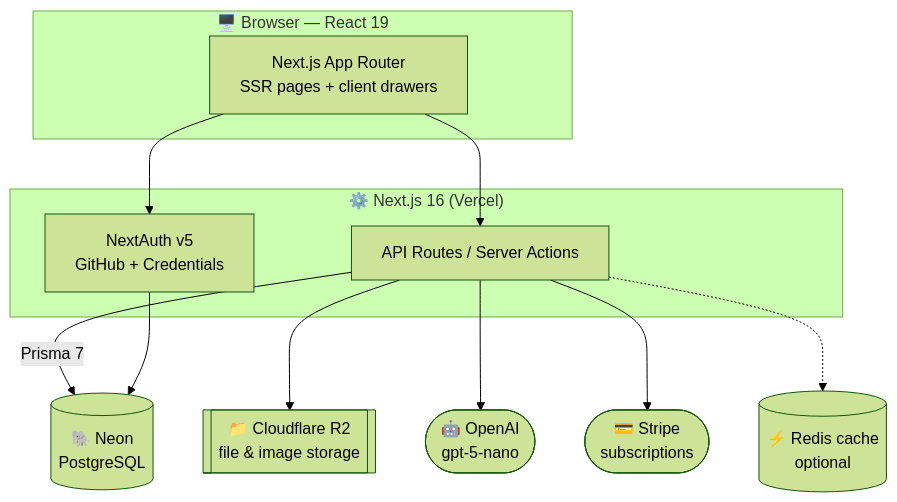
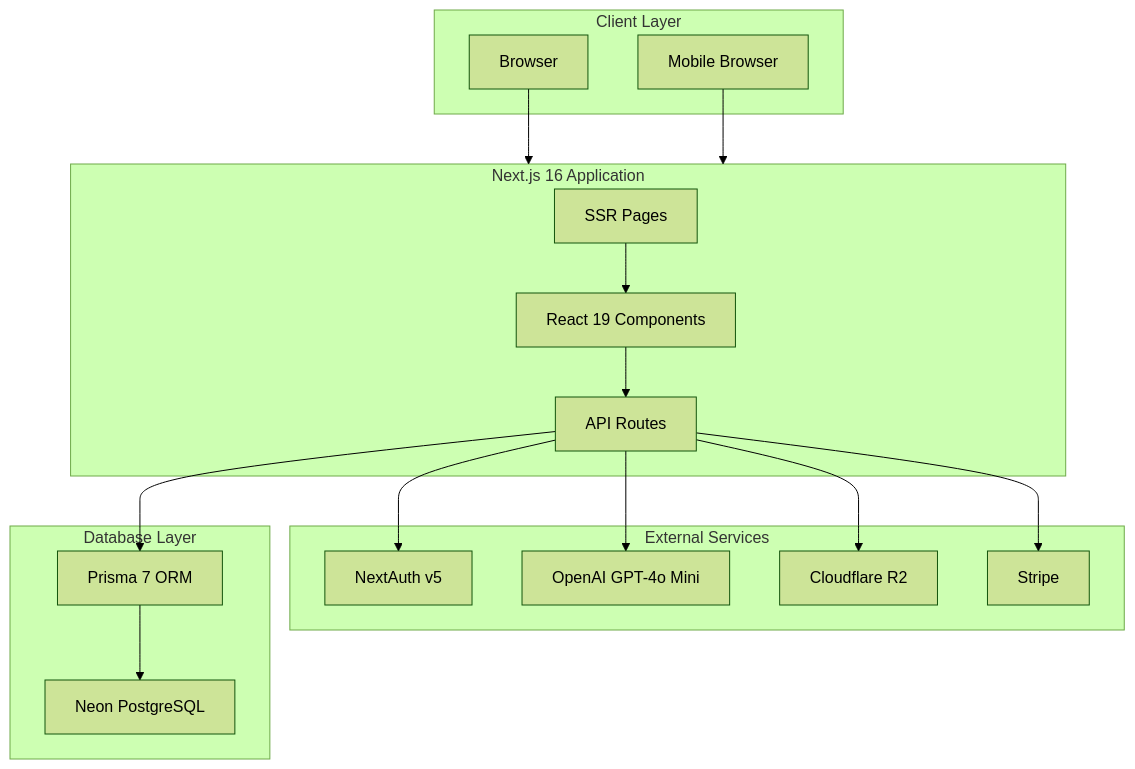
The second of 3 diagrams in context/project-overview.md (deep005/devstash), drawn with Mermaid (forest theme) before and after one commit. The commit also changed other lines of this file and 6 other files, not shown here.

````diff
--- a/context/project-overview.md
+++ b/context/project-overview.md
@@ -347,26 +441,36 @@
 ```mermaid
 flowchart TB
-    subgraph Client["🖥️ Browser — React 19"]
-        UI["Next.js App Router<br/>SSR pages + client drawers"]
+    subgraph Client["Client Layer"]
+        Browser["Browser"]
+        Mobile["Mobile Browser"]
     end
 
-    subgraph Server["⚙️ Next.js 16 (Vercel)"]
-        API["API Routes / Server Actions"]
-        AUTH["NextAuth v5<br/>GitHub + Credentials"]
+    subgraph NextJS["Next.js 16 Application"]
+        Pages["SSR Pages"]
+        Components["React 19 Components"]
+        API["API Routes"]
     end
 
-    DB[("🐘 Neon<br/>PostgreSQL")]
-    R2[["📁 Cloudflare R2<br/>file & image storage"]]
-    AI(["🤖 OpenAI<br/>gpt-5-nano"])
-    STRIPE(["💳 Stripe<br/>subscriptions"])
-    REDIS[("⚡ Redis cache<br/>optional")]
+    subgraph Services["External Services"]
+        Auth["NextAuth v5"]
+        AI["OpenAI GPT-4o Mini"]
+        Storage["Cloudflare R2"]
+        Payments["Stripe"]
+    end
 
-    UI --> API
-    UI --> AUTH
-    API -->|Prisma 7| DB
-    API --> R2
+    subgraph Database["Database Layer"]
+        Neon["Neon PostgreSQL"]
+        Prisma["Prisma 7 ORM"]
+    end
+
+    Browser --> NextJS
+    Mobile --> NextJS
+    Pages --> Components
+    Components --> API
+    API --> Auth
     API --> AI
-    API --> STRIPE
-    API -.-> REDIS
-    AUTH --> DB
+    API --> Storage
+    API --> Payments
+    API --> Prisma
+    Prisma --> Neon
 ```
````
